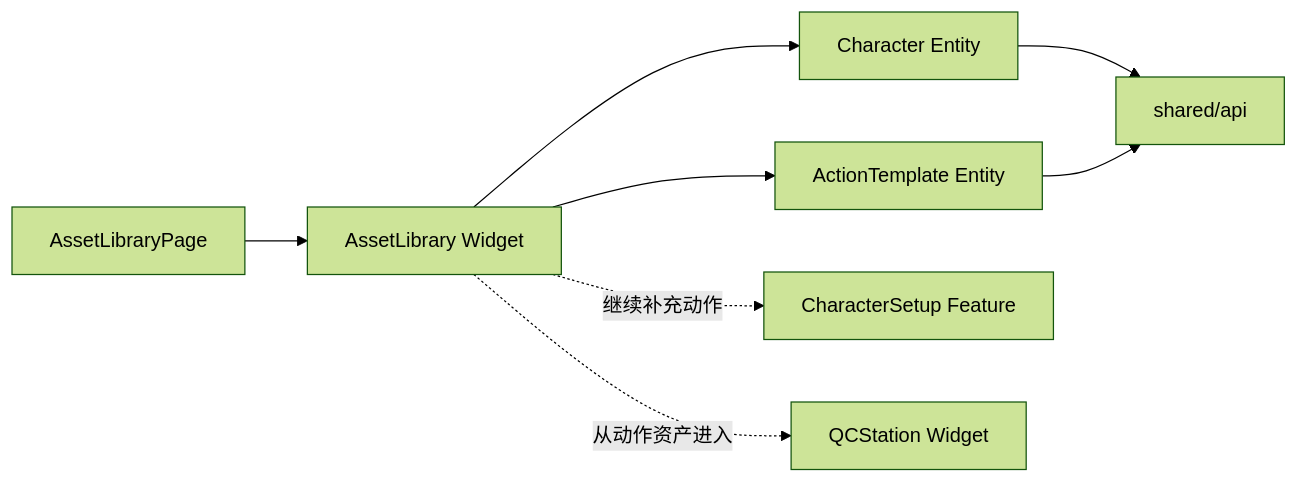
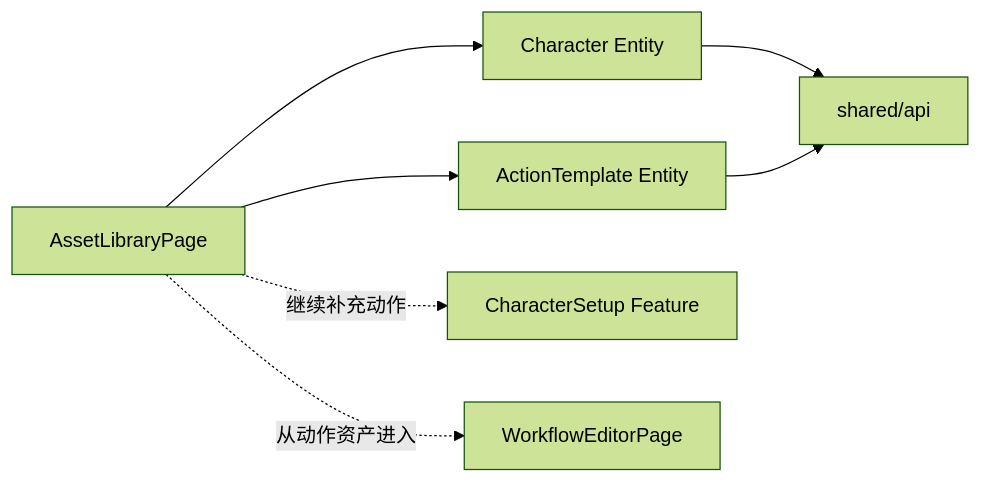
Before and after one commit to 1024XEngineer/Windup: the eighth of 10 diagrams in docs/frontend-architecture.md, drawn with Mermaid (forest theme). The commit also changed other lines of this file, not shown here.

First line of the commit message:
docs(frontend-architecture): promote quick-start/workflow-editor to pages

````diff
--- a/docs/frontend-architecture.md
+++ b/docs/frontend-architecture.md
@@ -167,10 +185,9 @@
 ```mermaid
 flowchart LR
-    page["AssetLibraryPage"] --> lib["AssetLibrary Widget"]
-    lib --> character["Character Entity"]
-    lib --> template["ActionTemplate Entity"]
-    lib -. 继续补充动作 .-> charFeature["CharacterSetup Feature"]
-    lib -. 从动作资产进入 .-> qc["QCStation Widget"]
+    page["AssetLibraryPage"] --> character["Character Entity"]
+    page --> template["ActionTemplate Entity"]
+    page -. 继续补充动作 .-> charFeature["CharacterSetup Feature"]
+    page -. 从动作资产进入 .-> workflow["WorkflowEditorPage"]
     character --> api["shared/api"]
     template --> api
 ```
````
